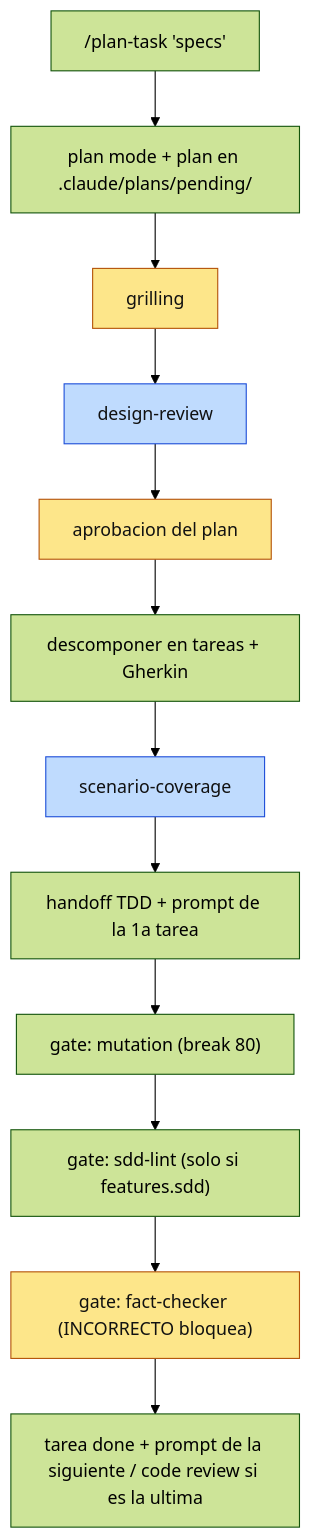
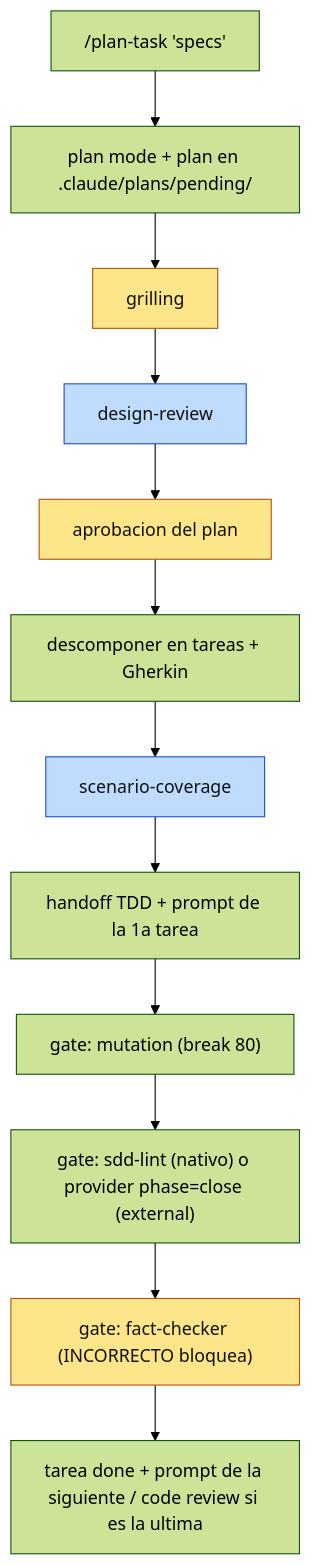
Before and after one commit to drossan/claude-plugins: the first of 2 diagrams in task-pipeline/README.md, drawn with Mermaid (forest theme). The commit also changed other lines of this file and 14 other files, not shown here.

````diff
--- a/task-pipeline/README.md
+++ b/task-pipeline/README.md
@@ -6,19 +6,19 @@
 ```mermaid
 flowchart TD
     A["/plan-task 'specs'"] --> B["plan mode + plan en .claude/plans/pending/"]
     B --> G["grilling"]
     G --> DR["design-review"]
     DR --> AP["aprobacion del plan"]
     AP --> T["descomponer en tareas + Gherkin"]
     T --> SC["scenario-coverage"]
     SC --> HO["handoff TDD + prompt de la 1a tarea"]
     HO --> M["gate: mutation (break 80)"]
-    M --> SL["gate: sdd-lint (solo si features.sdd)"]
+    M --> SL["gate: sdd-lint (nativo) o provider phase=close (external)"]
     SL --> FC["gate: fact-checker (INCORRECTO bloquea)"]
     FC --> D["tarea done + prompt de la siguiente / code review si es la ultima"]
 
     classDef human fill:#fde68a,stroke:#b45309,color:#111
     classDef agent fill:#bfdbfe,stroke:#1d4ed8,color:#111
     class G,AP,FC human
     class DR,SC agent
 ```
````
